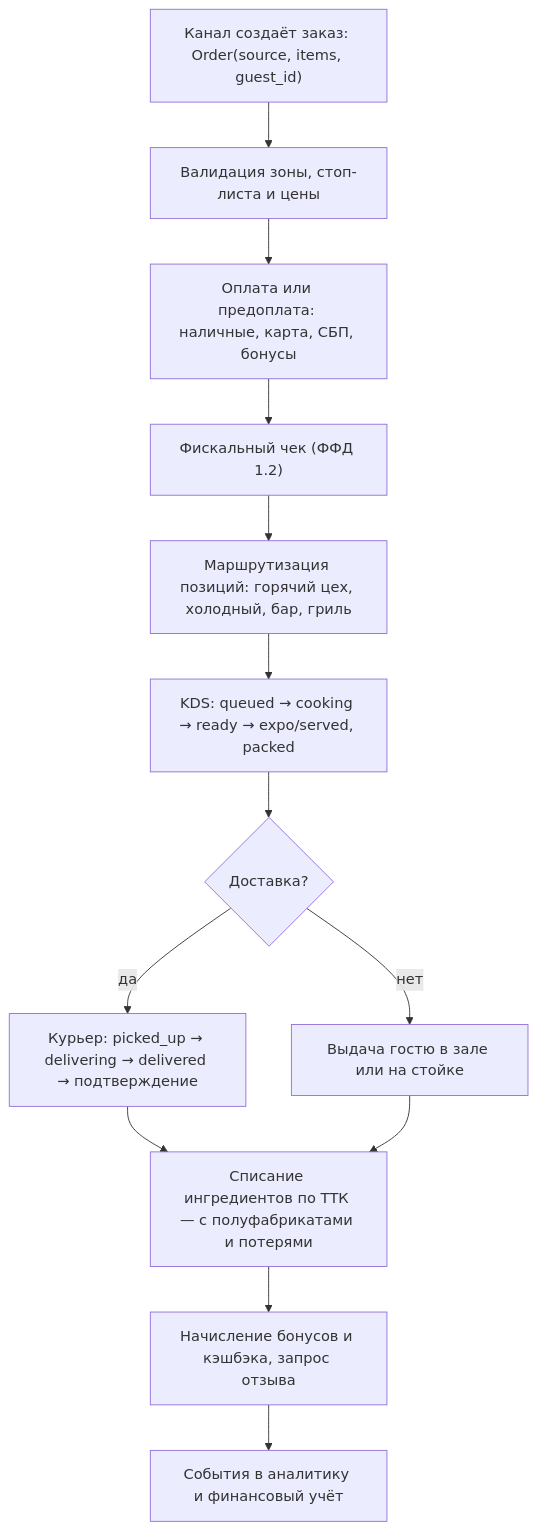
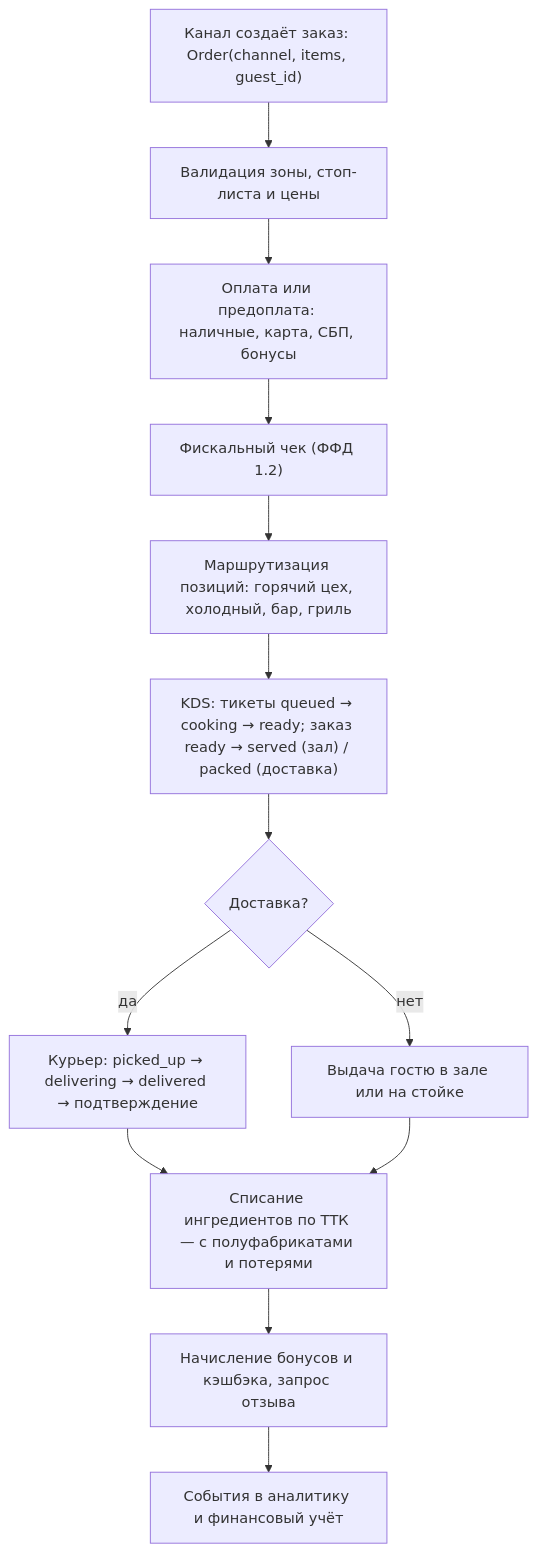
One commit to bestdeejay-design/lovii-crm changed the second of 2 diagrams in docs/research/01-reference-architecture.md. Above: the diagram before and after it, drawn with Mermaid. The commit also changed other lines of this file and 70 other files, not shown here.

````diff
--- a/docs/research/01-reference-architecture.md
+++ b/docs/research/01-reference-architecture.md
@@ -41,15 +43,15 @@
 ```mermaid
 flowchart TD
-    A["Канал создаёт заказ: Order(source, items, guest_id)"] --> B["Валидация зоны, стоп-листа и цены"]
+    A["Канал создаёт заказ: Order(channel, items, guest_id)"] --> B["Валидация зоны, стоп-листа и цены"]
     B --> C["Оплата или предоплата: наличные, карта, СБП, бонусы"]
     C --> D["Фискальный чек (ФФД 1.2)"]
     D --> E["Маршрутизация позиций: горячий цех, холодный, бар, гриль"]
-    E --> F["KDS: queued → cooking → ready → expo/served, packed"]
+    E --> F["KDS: тикеты queued → cooking → ready; заказ ready → served (зал) / packed (доставка)"]
     F --> G{"Доставка?"}
     G -->|"да"| H["Курьер: picked_up → delivering → delivered → подтверждение"]
     G -->|"нет"| I["Выдача гостю в зале или на стойке"]
     H --> J["Списание ингредиентов по ТТК — с полуфабрикатами и потерями"]
     I --> J
     J --> K["Начисление бонусов и кэшбэка, запрос отзыва"]
     K --> L["События в аналитику и финансовый учёт"]
 ```
````
